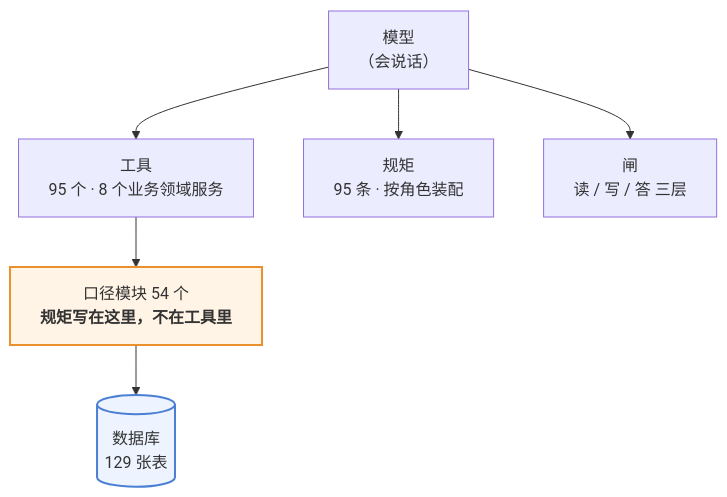
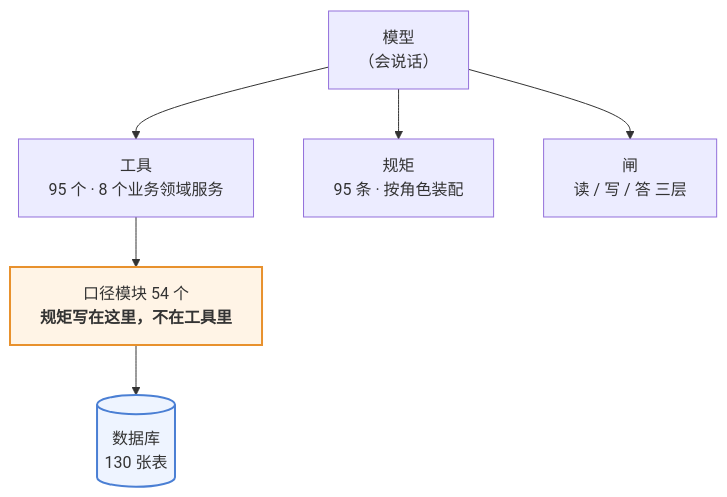
The first of 3 diagrams in 澜绣云裳agent-产品说明.md (843773296-rgb/lanxiu-yunshang-agent), drawn with Mermaid before and after one commit. The commit also changed other lines of this file and 16 other files, not shown here.

````diff
--- a/澜绣云裳agent-产品说明.md
+++ b/澜绣云裳agent-产品说明.md
@@ -62,12 +62,12 @@
 ```mermaid
 flowchart TD
     M["模型<br/>（会说话）"]
     M --> T["工具<br/>95 个 · 8 个业务领域服务"]
     M --> R["规矩<br/>95 条 · 按角色装配"]
     M --> G["闸<br/>读 / 写 / 答 三层"]
     T --> K["口径模块 54 个<br/><b>规矩写在这里，不在工具里</b>"]
-    K --> DB[("数据库<br/>129 张表")]
+    K --> DB[("数据库<br/>130 张表")]
 
     style K fill:#fff4e6,stroke:#e8912d,stroke-width:2px
     style DB fill:#eef4ff,stroke:#4a7fd4,stroke-width:2px
 ```
````
